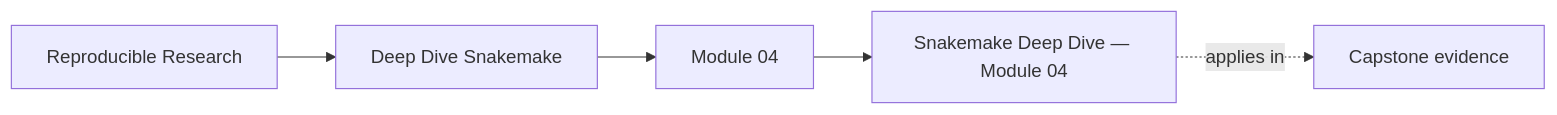
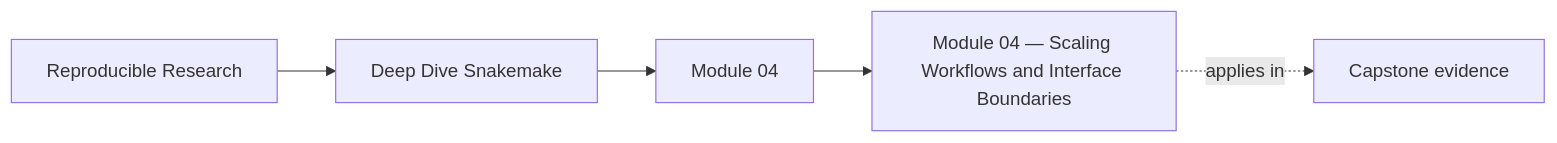
The first of 7 diagrams in programs/reproducible-research/deep-dive-snakemake/course-book/module-04-scaling-workflows-and-interface-boundaries/index.md (bijux/bijux-masterclass), drawn with Mermaid before and after one commit. The commit also changed other lines of this file and 9 other files, not shown here.

Commit message:
docs(deep-dive-snakemake): unify the module introduction voice

````diff
--- a/programs/reproducible-research/deep-dive-snakemake/course-book/module-04-scaling-workflows-and-interface-boundaries/index.md
+++ b/programs/reproducible-research/deep-dive-snakemake/course-book/module-04-scaling-workflows-and-interface-boundaries/index.md
@@ -7,11 +9,11 @@
 ```mermaid
 graph LR
   family["Reproducible Research"]
   program["Deep Dive Snakemake"]
   section["Module 04"]
-  page["Snakemake Deep Dive — Module 04"]
+  page["Module 04 — Scaling Workflows and Interface Boundaries"]
   capstone["Capstone evidence"]
 
   family --> program --> section --> page
   page -.applies in.-> capstone
 ```
````
